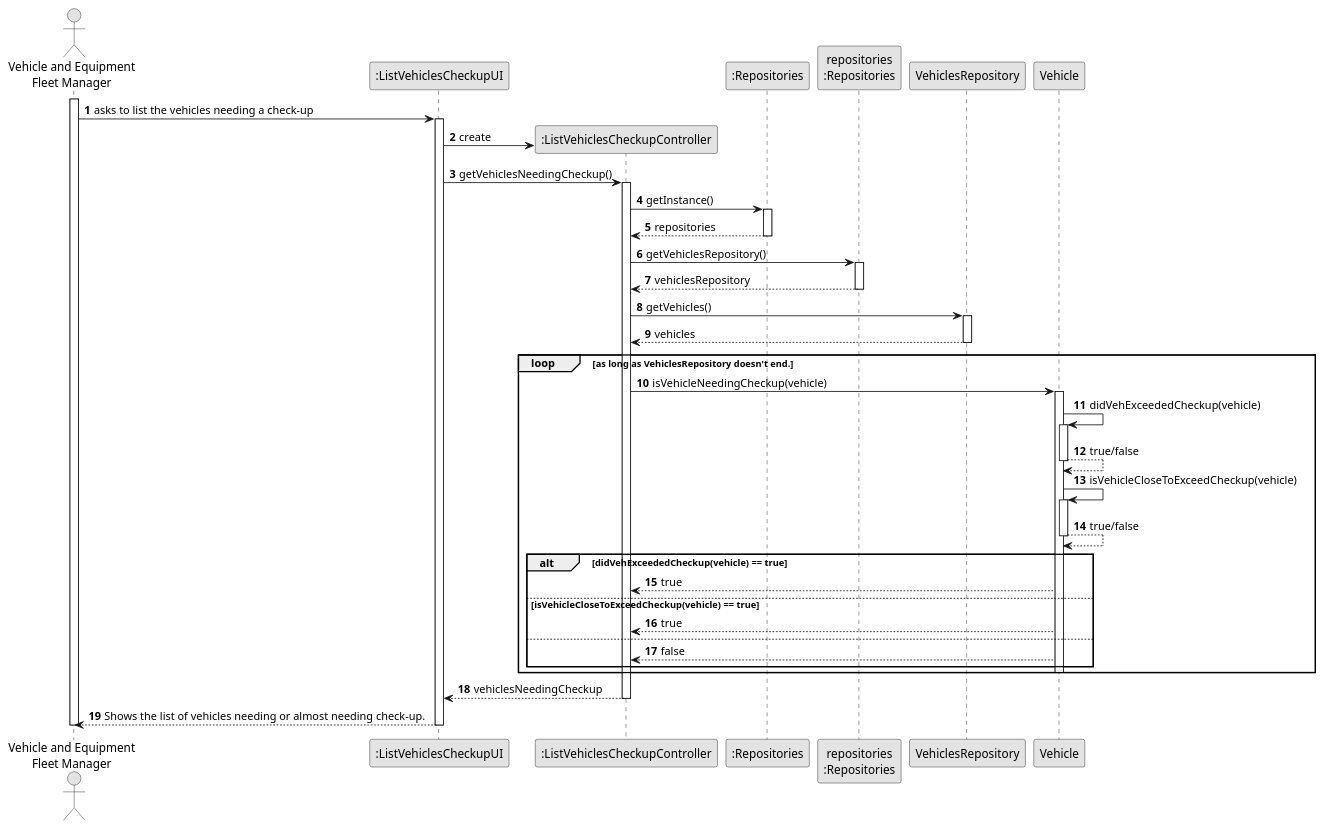
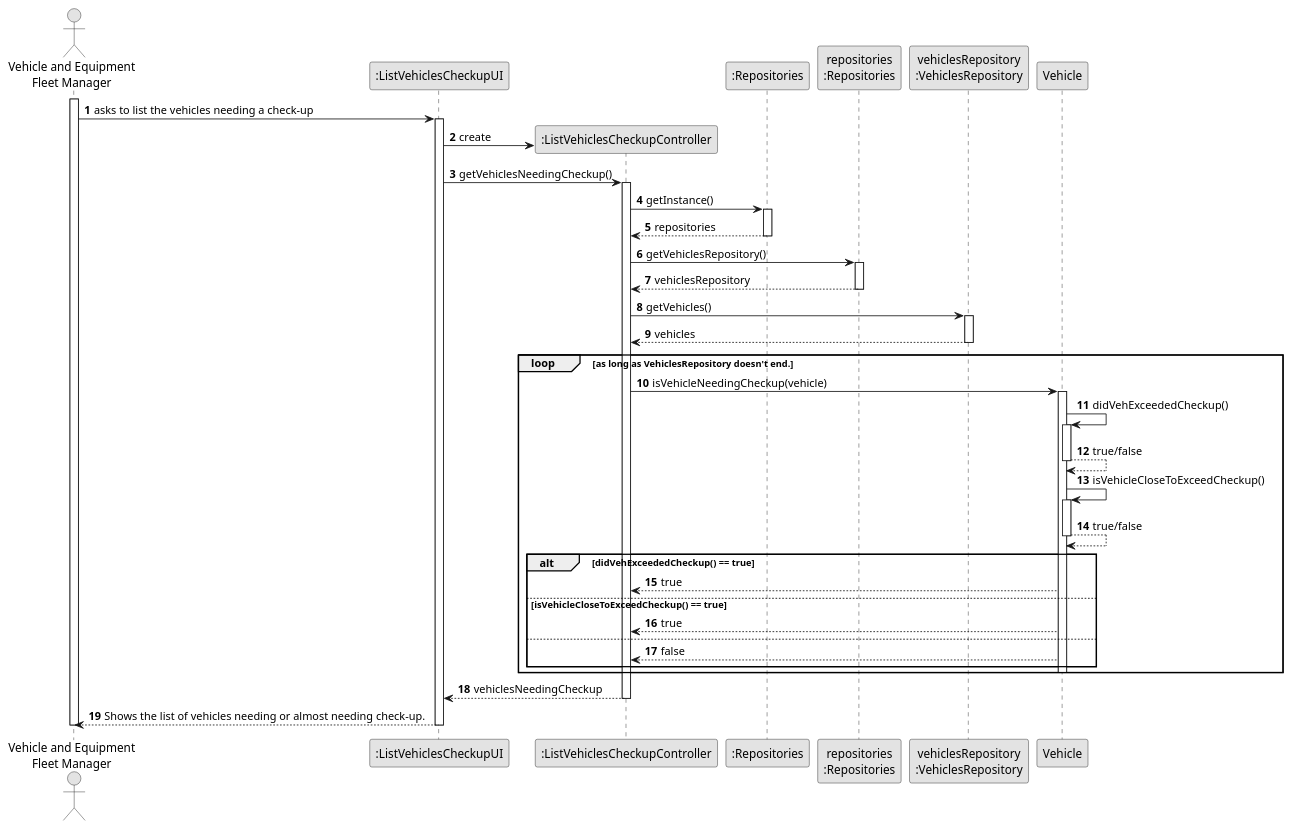
One commit to 1231360-ISEP/lei-24-s2-1db-g021 changed the diagram in docs/sprint2/us008/03.design/puml/us008-sequence-diagram-full.puml. Above: the diagram before and after it, drawn with PlantUML.

Commit message:
US008 - Changing the Sequence Diagram.

```diff
--- a/docs/sprint2/us008/03.design/puml/us008-sequence-diagram-full.puml
+++ b/docs/sprint2/us008/03.design/puml/us008-sequence-diagram-full.puml
@@ -1,80 +1,80 @@
 @startuml
 skinparam monochrome true
 skinparam packageStyle rectangle
 skinparam shadowing false
 
 autonumber
 
 'hide footbox
 actor "Vehicle and Equipment\nFleet Manager" as ADM
 participant ":ListVehiclesCheckupUI" as UI
 participant ":ListVehiclesCheckupController" as CTRL
 participant ":Repositories" as RepositorySingleton
 participant "repositories\n:Repositories" as PLAT
-participant "VehiclesRepository" as VehRepo
+participant "vehiclesRepository\n:VehiclesRepository" as VehRepo
 participant "Vehicle" as Veh
 
 activate ADM
     ADM -> UI : asks to list the vehicles needing a check-up
 
     activate UI
         UI -> CTRL** : create
         UI -> CTRL : getVehiclesNeedingCheckup()
 
         activate CTRL
 
             CTRL -> RepositorySingleton : getInstance()
 
             activate RepositorySingleton
                 RepositorySingleton --> CTRL: repositories
             deactivate RepositorySingleton
 
             CTRL -> PLAT : getVehiclesRepository()
 
             activate PLAT
                 PLAT --> CTRL: vehiclesRepository
             deactivate PLAT
 
             CTRL -> VehRepo : getVehicles()
 
             activate VehRepo
                 VehRepo --> CTRL : vehicles
             deactivate VehRepo
 
             loop as long as VehiclesRepository doesn't end.
                 CTRL -> Veh : isVehicleNeedingCheckup(vehicle)
 
                 activate Veh
 
-                    Veh -> Veh : didVehExceededCheckup(vehicle)
+                    Veh -> Veh : didVehExceededCheckup()
                     activate Veh
                         Veh --> Veh : true/false
                     deactivate Veh
 
-                    Veh -> Veh : isVehicleCloseToExceedCheckup(vehicle)
+                    Veh -> Veh : isVehicleCloseToExceedCheckup()
 
                     activate Veh
                         Veh --> Veh : true/false
                     deactivate Veh
 
-                    alt didVehExceededCheckup(vehicle) == true
+                    alt didVehExceededCheckup() == true
                         Veh --> CTRL : true
-                    else isVehicleCloseToExceedCheckup(vehicle) == true
+                    else isVehicleCloseToExceedCheckup() == true
                         Veh --> CTRL : true
                     else
                         Veh --> CTRL : false
                     end
 
                 deactivate Veh
 
             end
 
             CTRL --> UI : vehiclesNeedingCheckup
         deactivate CTRL
 
         UI --> ADM : Shows the list of vehicles needing or almost needing check-up.
     deactivate UI
 
 deactivate ADM
 
 @enduml
```
